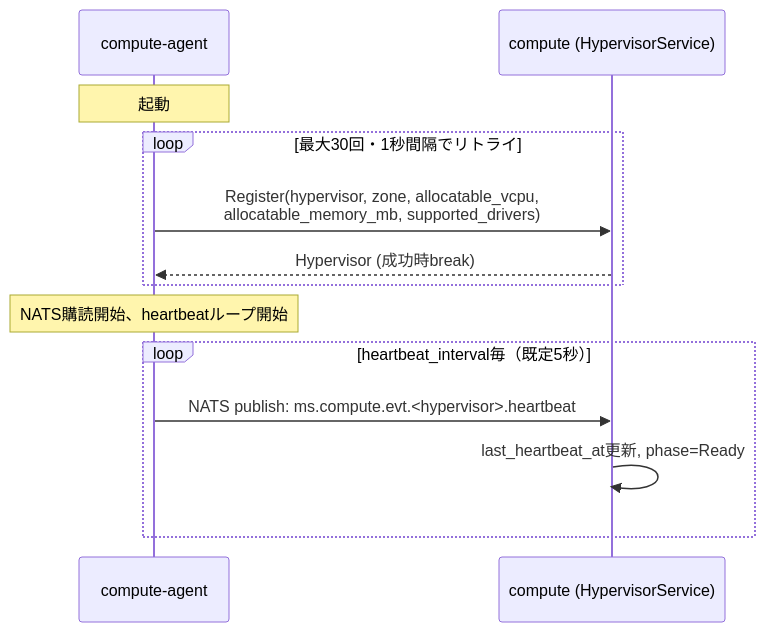
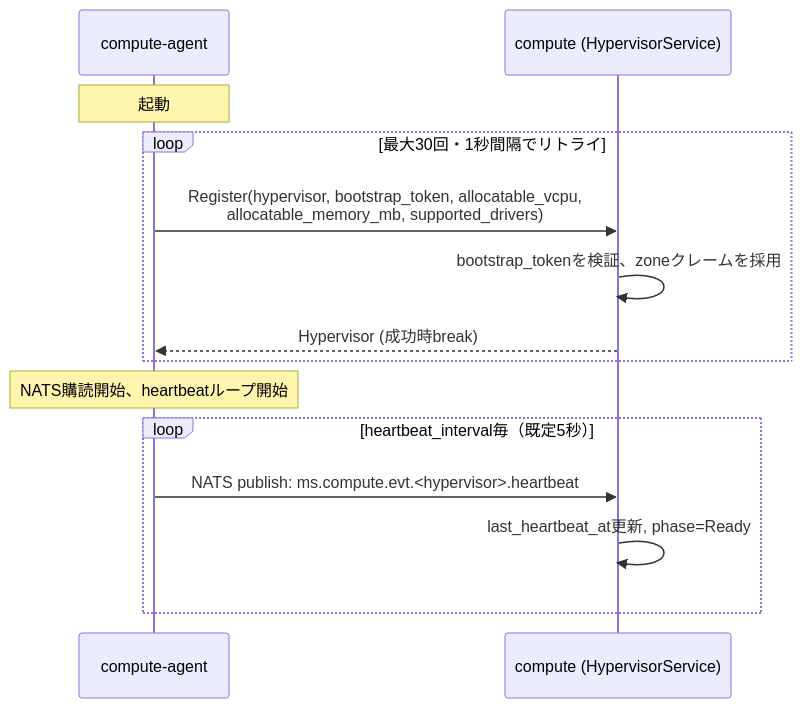
Before and after one commit to kiyuta1230/kyuusha: the first of 2 diagrams in docs/specs/hypervisor-bootstrap.md, drawn with Mermaid. The commit also changed other lines of this file and 19 other files, not shown here.

First line of the commit message:
compute: verify Hypervisor self-registration with a zone-scoped bootstrap token

````diff
--- a/docs/specs/hypervisor-bootstrap.md
+++ b/docs/specs/hypervisor-bootstrap.md
@@ -27,16 +27,17 @@
 ```mermaid
 sequenceDiagram
     participant A as compute-agent
     participant C as compute (HypervisorService)
 
     Note over A: 起動
     loop 最大30回・1秒間隔でリトライ
-        A->>C: Register(hypervisor, zone, allocatable_vcpu,<br/>allocatable_memory_mb, supported_drivers)
+        A->>C: Register(hypervisor, bootstrap_token, allocatable_vcpu,<br/>allocatable_memory_mb, supported_drivers)
+        C->>C: bootstrap_tokenを検証、zoneクレームを採用
         C-->>A: Hypervisor (成功時break)
     end
     Note over A: NATS購読開始、heartbeatループ開始
     loop heartbeat_interval毎（既定5秒）
         A->>C: NATS publish: ms.compute.evt.<hypervisor>.heartbeat
         C->>C: last_heartbeat_at更新, phase=Ready
     end
 ```
````
